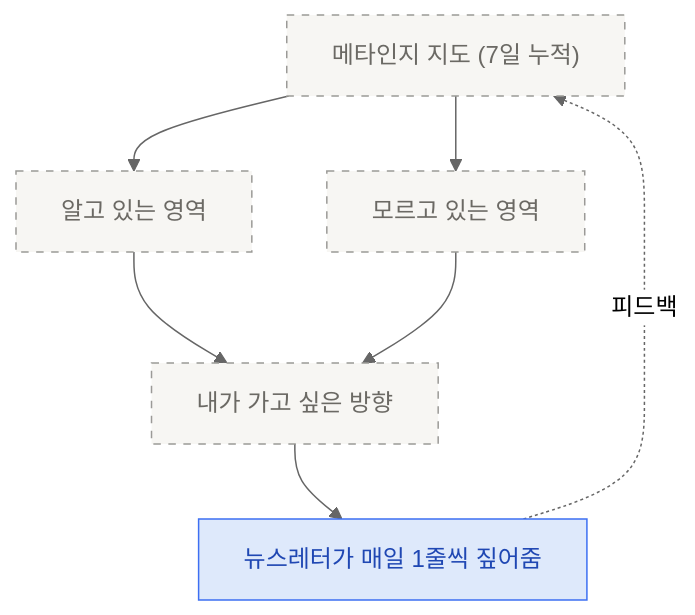
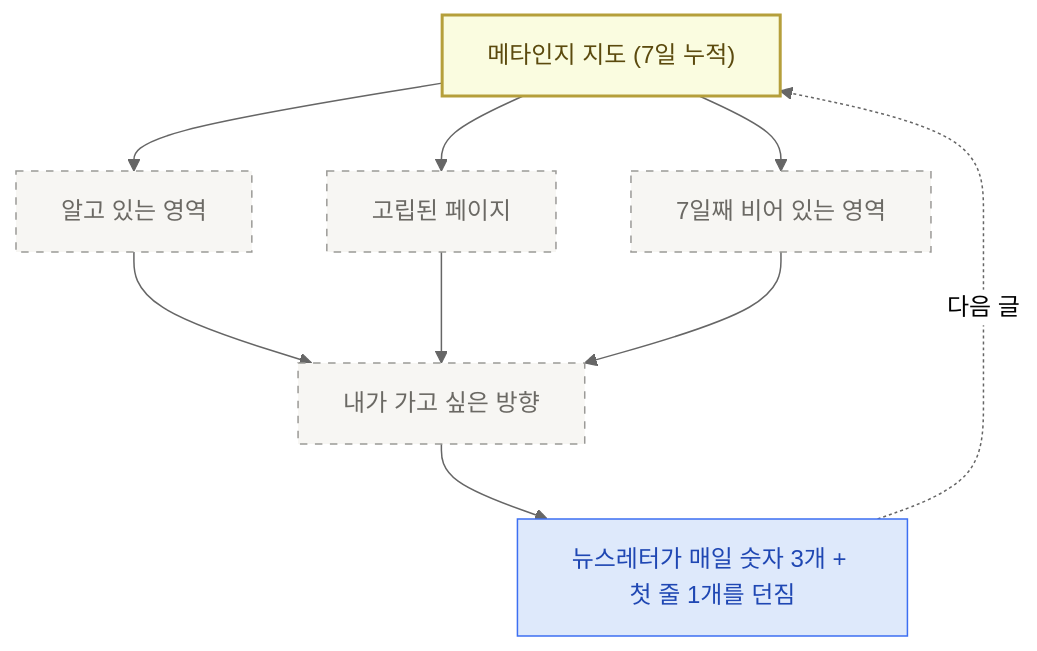
The second of 2 diagrams in content/week2/newsletter.mdx (effectiveai-io/my-learning-agent), drawn with Mermaid (neutral theme) before and after one commit. The commit also changed other lines of this file and 7 other files, not shown here.

````diff
--- a/content/week2/newsletter.mdx
+++ b/content/week2/newsletter.mdx
@@ -46,20 +180,25 @@
 ```mermaid
 flowchart TD
     Map["메타인지 지도 (7일 누적)"]
     Known["알고 있는 영역"]
-    Unknown["모르고 있는 영역"]
+    Isolated["고립된 페이지"]
+    Empty["7일째 비어 있는 영역"]
     Direction["내가 가고 싶은 방향"]
-    Newsletter["뉴스레터가 매일 1줄씩 짚어줌"]
+    Newsletter["뉴스레터가 매일 숫자 3개 + 첫 줄 1개를 던짐"]
 
     Map --> Known
-    Map --> Unknown
+    Map --> Isolated
+    Map --> Empty
     Known --> Direction
-    Unknown --> Direction
+    Isolated --> Direction
+    Empty --> Direction
     Direction --> Newsletter
-    Newsletter -.피드백.-> Map
+    Newsletter -.다음 글.-> Map
 
     classDef now fill:#dee9fb,stroke:#3d6ff2,color:#1f47b3
+    classDef axis fill:#fafce0,stroke:#b59f3b,stroke-width:2px,color:#5b4a0e
     classDef next fill:#f7f6f3,stroke:#9b9a97,stroke-dasharray:5,color:#6b6964
     class Newsletter now
-    class Map,Known,Unknown,Direction next
+    class Map axis
+    class Known,Isolated,Empty,Direction next
 ```
````
